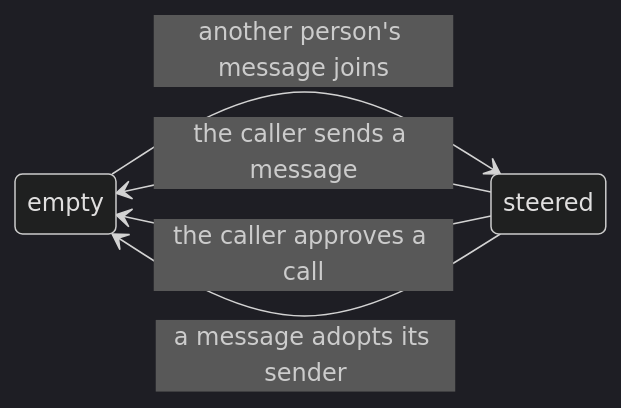
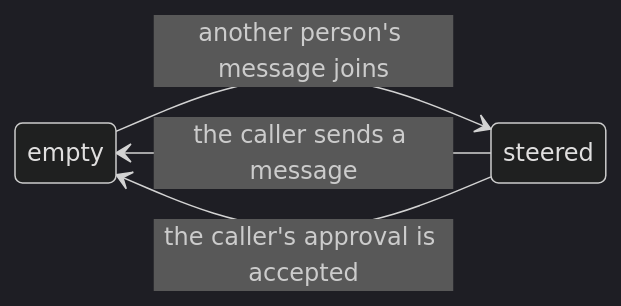
Before and after one commit to vercel/eve: the diagram in research/principal-policy.md, drawn with Mermaid (dark theme). The commit also changed other lines of this file and 66 other files, not shown here.

````diff
--- a/research/principal-policy.md
+++ b/research/principal-policy.md
@@ -112,8 +108,7 @@
 ```mermaid
 stateDiagram-v2
   direction LR
   empty --> steered: another person's message joins
   steered --> empty: the caller sends a message
-  steered --> empty: the caller approves a call
-  steered --> empty: a message adopts its sender
+  steered --> empty: the caller's approval is accepted
 ```
````
